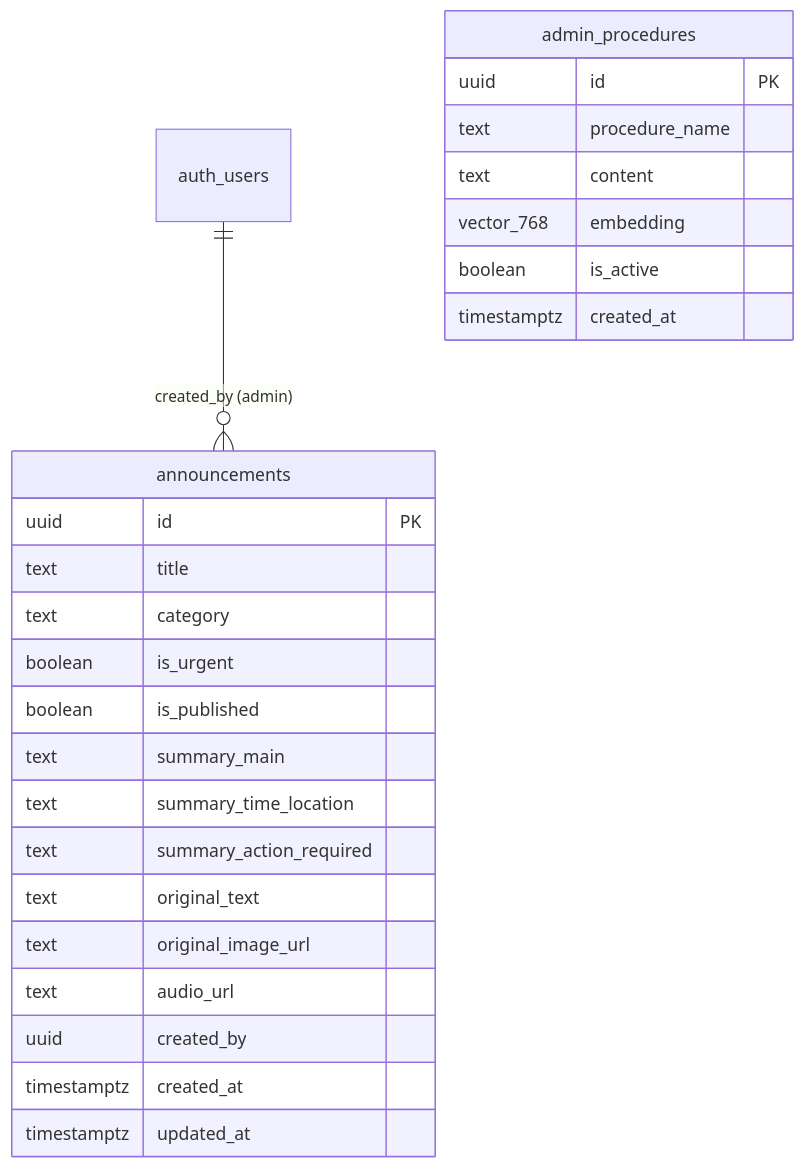
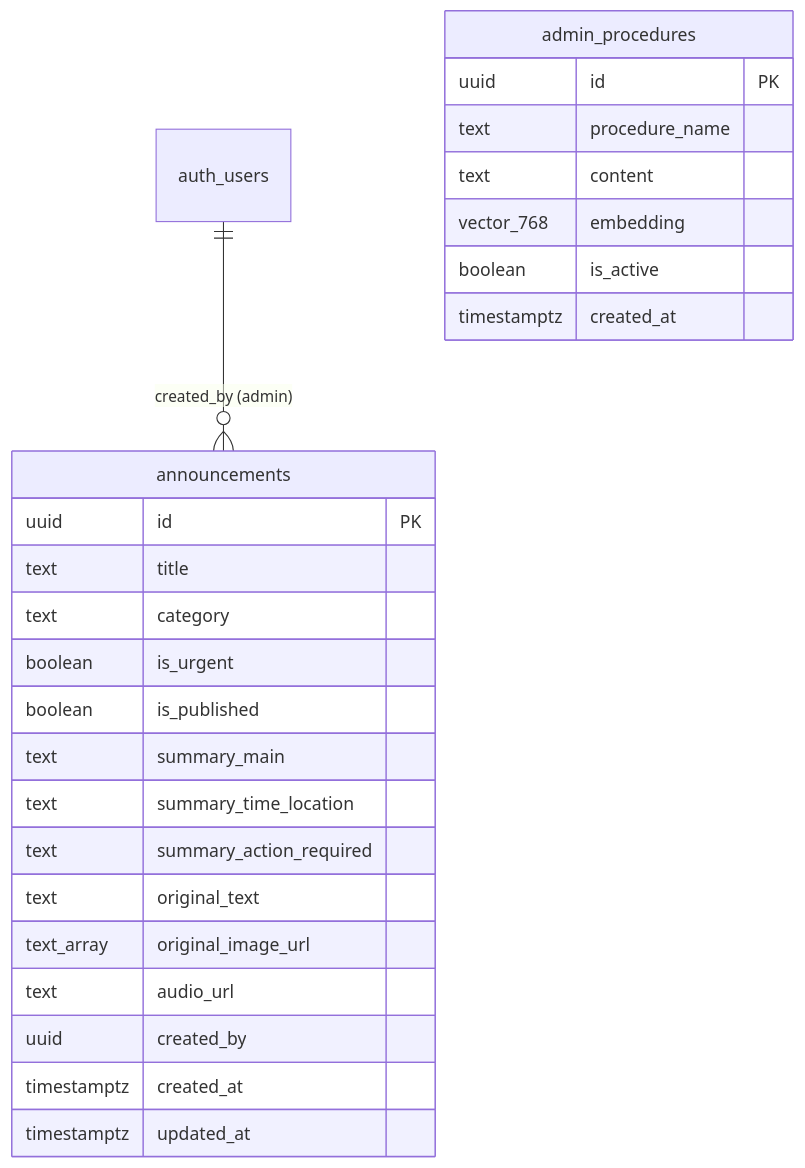
Before and after one commit to heyncth/to_minh_oi: the diagram in docs/07-DATABASE.md, drawn with Mermaid. The commit also changed other lines of this file and 16 other files, not shown here.

````diff
--- a/docs/07-DATABASE.md
+++ b/docs/07-DATABASE.md
@@ -11,28 +11,28 @@
 ```mermaid
 erDiagram
     auth_users ||--o{ announcements : "created_by (admin)"
     announcements {
         uuid id PK
         text title
         text category
         boolean is_urgent
         boolean is_published
         text summary_main
         text summary_time_location
         text summary_action_required
         text original_text
-        text original_image_url
+        text_array original_image_url
         text audio_url
         uuid created_by
         timestamptz created_at
         timestamptz updated_at
     }
     admin_procedures {
         uuid id PK
         text procedure_name
         text content
         vector_768 embedding
         boolean is_active
         timestamptz created_at
     }
 ```
````
